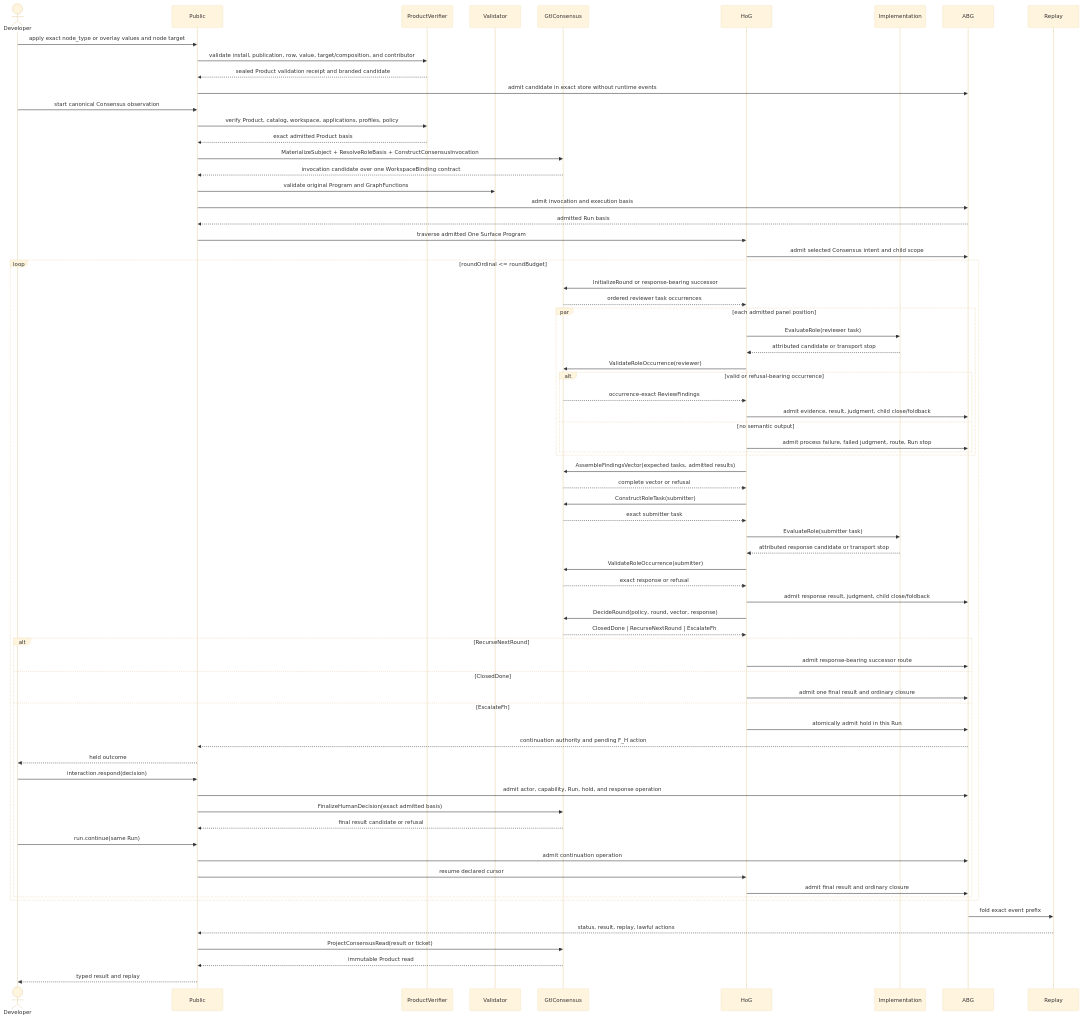
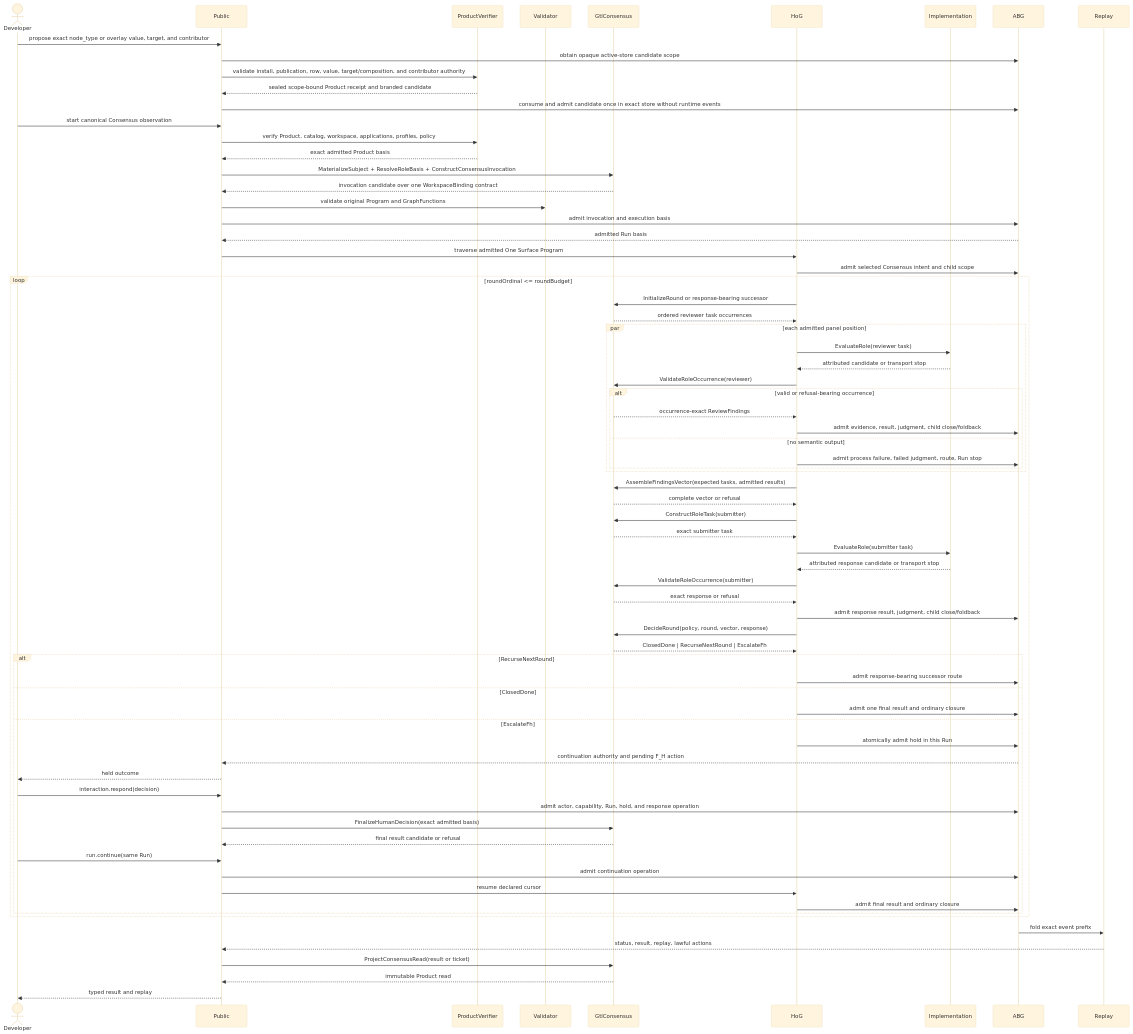
The second of 3 diagrams in build_tenants/abiogenesis/typescript/design/M05_S05_CONSENSUS_GLOBAL_TO_LOCAL_DESIGN.md (foolishimp/abiogenesis), drawn with Mermaid (base theme) before and after one commit. The commit also changed other lines of this file and 18 other files, not shown here.

Commit message:
fix(s05): scope catalog authority and timeout output

````diff
--- a/build_tenants/abiogenesis/typescript/design/M05_S05_CONSENSUS_GLOBAL_TO_LOCAL_DESIGN.md
+++ b/build_tenants/abiogenesis/typescript/design/M05_S05_CONSENSUS_GLOBAL_TO_LOCAL_DESIGN.md
@@ -640,77 +645,78 @@
 ```mermaid
 sequenceDiagram
   actor Developer
   participant Public
   participant ProductVerifier
   participant Validator
   participant GtlConsensus
   participant HoG
   participant Implementation
   participant ABG
   participant Replay
 
-  Developer->>Public: apply exact node_type or overlay values and node target
-  Public->>ProductVerifier: validate install, publication, row, value, target/composition, and contributor
-  ProductVerifier-->>Public: sealed Product validation receipt and branded candidate
-  Public->>ABG: admit candidate in exact store without runtime events
+  Developer->>Public: propose exact node_type or overlay value, target, and contributor
+  Public->>ABG: obtain opaque active-store candidate scope
+  Public->>ProductVerifier: validate install, publication, row, value, target/composition, and contributor authority
+  ProductVerifier-->>Public: sealed scope-bound Product receipt and branded candidate
+  Public->>ABG: consume and admit candidate once in exact store without runtime events
   Developer->>Public: start canonical Consensus observation
   Public->>ProductVerifier: verify Product, catalog, workspace, applications, profiles, policy
   ProductVerifier-->>Public: exact admitted Product basis
   Public->>GtlConsensus: MaterializeSubject + ResolveRoleBasis + ConstructConsensusInvocation
   GtlConsensus-->>Public: invocation candidate over one WorkspaceBinding contract
   Public->>Validator: validate original Program and GraphFunctions
   Public->>ABG: admit invocation and execution basis
   ABG-->>Public: admitted Run basis
   Public->>HoG: traverse admitted One Surface Program
   HoG->>ABG: admit selected Consensus intent and child scope
 
   loop roundOrdinal <= roundBudget
     HoG->>GtlConsensus: InitializeRound or response-bearing successor
     GtlConsensus-->>HoG: ordered reviewer task occurrences
     par each admitted panel position
       HoG->>Implementation: EvaluateRole(reviewer task)
       Implementation-->>HoG: attributed candidate or transport stop
       HoG->>GtlConsensus: ValidateRoleOccurrence(reviewer)
       alt valid or refusal-bearing occurrence
         GtlConsensus-->>HoG: occurrence-exact ReviewFindings
         HoG->>ABG: admit evidence, result, judgment, child close/foldback
       else no semantic output
         HoG->>ABG: admit process failure, failed judgment, route, Run stop
       end
     end
     HoG->>GtlConsensus: AssembleFindingsVector(expected tasks, admitted results)
     GtlConsensus-->>HoG: complete vector or refusal
     HoG->>GtlConsensus: ConstructRoleTask(submitter)
     GtlConsensus-->>HoG: exact submitter task
     HoG->>Implementation: EvaluateRole(submitter task)
     Implementation-->>HoG: attributed response candidate or transport stop
     HoG->>GtlConsensus: ValidateRoleOccurrence(submitter)
     GtlConsensus-->>HoG: exact response or refusal
     HoG->>ABG: admit response result, judgment, child close/foldback
     HoG->>GtlConsensus: DecideRound(policy, round, vector, response)
     GtlConsensus-->>HoG: ClosedDone | RecurseNextRound | EscalateFh
     alt RecurseNextRound
       HoG->>ABG: admit response-bearing successor route
     else ClosedDone
       HoG->>ABG: admit one final result and ordinary closure
     else EscalateFh
       HoG->>ABG: atomically admit hold in this Run
       ABG-->>Public: continuation authority and pending F_H action
       Public-->>Developer: held outcome
       Developer->>Public: interaction.respond(decision)
       Public->>ABG: admit actor, capability, Run, hold, and response operation
       Public->>GtlConsensus: FinalizeHumanDecision(exact admitted basis)
       GtlConsensus-->>Public: final result candidate or refusal
       Developer->>Public: run.continue(same Run)
       Public->>ABG: admit continuation operation
       Public->>HoG: resume declared cursor
       HoG->>ABG: admit final result and ordinary closure
     end
   end
 
   ABG->>Replay: fold exact event prefix
   Replay-->>Public: status, result, replay, lawful actions
   Public->>GtlConsensus: ProjectConsensusRead(result or ticket)
   GtlConsensus-->>Public: immutable Product read
   Public-->>Developer: typed result and replay
 ```
````
